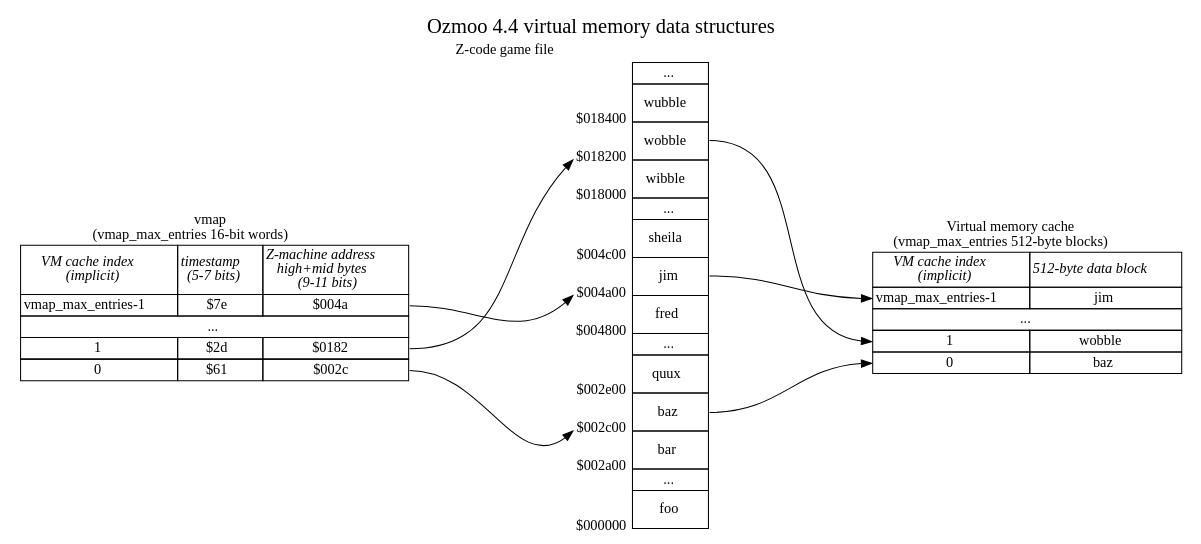
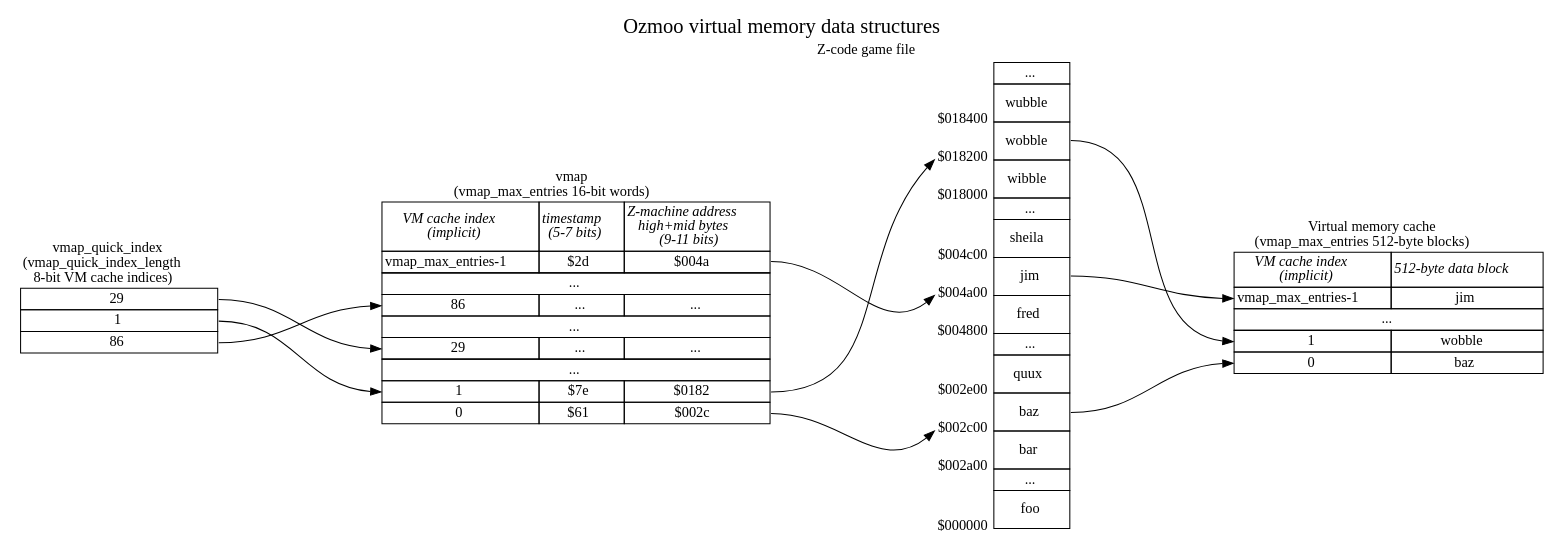
One commit to ZornsLemma/ozmoo changed the diagram in documentation/techdocs/memory-map-1.dot. Above: the diagram before and after it, drawn with Graphviz.

Commit message:
Snapshot

```diff
--- a/documentation/techdocs/memory-map-1.dot
+++ b/documentation/techdocs/memory-map-1.dot
@@ -1,115 +1,135 @@
 digraph memory {
-    graph [nodesep=2, label="Ozmoo 4.4 virtual memory data structures", fontsize=20, labelloc=t];
+    graph [nodesep=2, label="Ozmoo virtual memory data structures", fontsize=20, labelloc=t];
     forcelabels=true;
     node [shape=plaintext];
 
     # SFTODO: Rename "top" to "ram"?
     top [label=<
     <table border="0" cellborder="1" cellspacing="0">
         <!-- SFTODO: could label start of this chunk of memory vmap_first_ram_page -->
         <tr><td colspan="2" border="0">Virtual memory cache<br/>(vmap_max_entries 512-byte blocks)</td></tr>
                     <tr>
                         <td><i>VM cache index<br/>(implicit)</i></td>
                         <td><i>512-byte data block</i></td>
                     </tr>
                     <tr>
                         <td port="jim">vmap_max_entries-1</td>
                         <td>jim</td>
                     </tr>
                     <tr><td colspan="2">...</td></tr>
                     <tr>
                         <td port="wobble">1</td>
                         <td>wobble</td>
                     </tr>
                     <tr>
                         <td port="baz">0</td>
                         <td>baz</td>
                     </tr>
     </table>>];
 
-    SFTODORENAME [label=<
+    vmap [label=<
     <table border="0" cellborder="1" cellspacing="0">
         <tr><td colspan="3" border="0">vmap<br/>(vmap_max_entries 16-bit words)</td></tr>
         <tr>
             <td><i>VM cache index<br/>(implicit)</i></td>
             <td><i>timestamp<br/>(5-7 bits)</i></td>
             <td><i>Z-machine address<br/>high+mid bytes<br/>(9-11 bits)</i></td>
         </tr>
-        <tr><td>vmap_max_entries-1</td><td>$7e</td><td port="z004a">$004a</td></tr>
+        <tr><td>vmap_max_entries-1</td><td>$2d</td><td port="z004a">$004a</td></tr>
         <tr><td colspan="3">...</td></tr>
-        <tr><td>1</td><td>$2d</td><td port="z0182">$0182</td></tr>
+        <tr><td port="86">86</td><td>...</td><td>...</td></tr>
+        <tr><td colspan="3">...</td></tr>
+        <tr><td port="29">29</td><td>...</td><td>...</td></tr>
+        <tr><td colspan="3">...</td></tr>
+        <tr><td port="1">1</td><td>$7e</td><td port="z0182">$0182</td></tr>
         <tr><td>0</td><td>$61</td><td port="z002c">$002c</td></tr>
     </table>>];
 
     zmachine [xlabel="Z-code game file", label=<
     <table border="0" cellspacing="0">
         <tr>
             <td></td>
             <td border="1">...</td>
         </tr>
         <tr>
             <td valign="bottom"><sub>$018400</sub></td>
             <td border="1" cellpadding="10"><!-- Z-code: -->wubble</td>
         </tr>
         <tr>
             <td port="z0182" valign="bottom"><sub>$018200</sub></td>
             <td port="wobble" border="1" cellpadding="10"><!-- Z-code: -->wobble</td>
         </tr>
         <tr>
             <td valign="bottom"><sub>$018000</sub></td>
             <td border="1" cellpadding="10"><!-- Z-code: -->wibble</td>
         </tr>
         <tr>
             <td></td>
             <td border="1">...</td>
         </tr>
         <tr>
             <td valign="bottom"><sub>$004c00</sub></td>
             <td border="1" cellpadding="10"><!-- Z-code: -->sheila</td>
         </tr>
         <tr>
             <td port="z004a" valign="bottom"><sub>$004a00</sub></td>
             <td port="jim" border="1" cellpadding="10"><!-- Z-code: -->jim</td>
         </tr>
         <tr>
             <td valign="bottom"><sub>$004800</sub></td>
             <td border="1" cellpadding="10"><!-- Z-code: -->fred</td>
         </tr>
         <tr>
             <td></td>
             <td border="1">...</td>
         </tr>
         <tr>
             <td valign="bottom"><sub>$002e00</sub></td>
             <td border="1" cellpadding="10"><!-- Z-code: -->quux</td>
         </tr>
         <tr>
             <td port="z002c" valign="bottom"><sub>$002c00</sub></td>
             <td port="baz" border="1" cellpadding="10"><!-- Z-code: -->baz</td>
         </tr>
         <tr>
             <td valign="bottom"><sub>$002a00</sub></td>
             <td border="1" cellpadding="10"><!-- Z-code: -->bar</td>
         </tr>
         <tr>
             <td></td>
             <td border="1">...</td>
         </tr>
         <tr>
             <td valign="bottom"><sub>$000000</sub></td>
             <td border="1" cellpadding="10"><!-- Z-code: -->foo</td>
         </tr>
     </table>>];
 
-    {rank = same; SFTODORENAME zmachine top};
+    quickindex [label=<
+    <table border="0" cellborder="1" cellspacing="0">
+        <tr><td border="0">vmap_quick_index<br/>(vmap_quick_index_length<br/>8-bit VM cache indices)</td></tr>
+        <tr><td port="29">29</td></tr>
+        <tr><td port="1">1</td></tr>
+        <tr><td port="86">86</td></tr>
+    </table>>];
 
-    SFTODORENAME:z004a:e -> zmachine:z004a:sw;
-    SFTODORENAME:z002c:e -> zmachine:z002c:sw;
-    SFTODORENAME:z0182:e -> zmachine:z0182:sw;
+    # vmapnextquickindex [label="vmap_next_quick_index"];
+
+    {rank = same; quickindex vmap zmachine top};
+
+    vmap:z004a:e -> zmachine:z004a:sw;
+    vmap:z002c:e -> zmachine:z002c:sw;
+    vmap:z0182:e -> zmachine:z0182:sw;
 
     zmachine:jim:e -> top:jim:w;
     zmachine:wobble:e -> top:wobble:w;
     zmachine:baz:e -> top:baz:w;
+
+    quickindex:1:e -> vmap:1:w;
+    quickindex:29:e -> vmap:29:w;
+    quickindex:86:e -> vmap:86:w;
+
+    # vmapnextquickindex -> quickindex:29:w;
 }
 
 # vi: sw=4 sts=4
```
